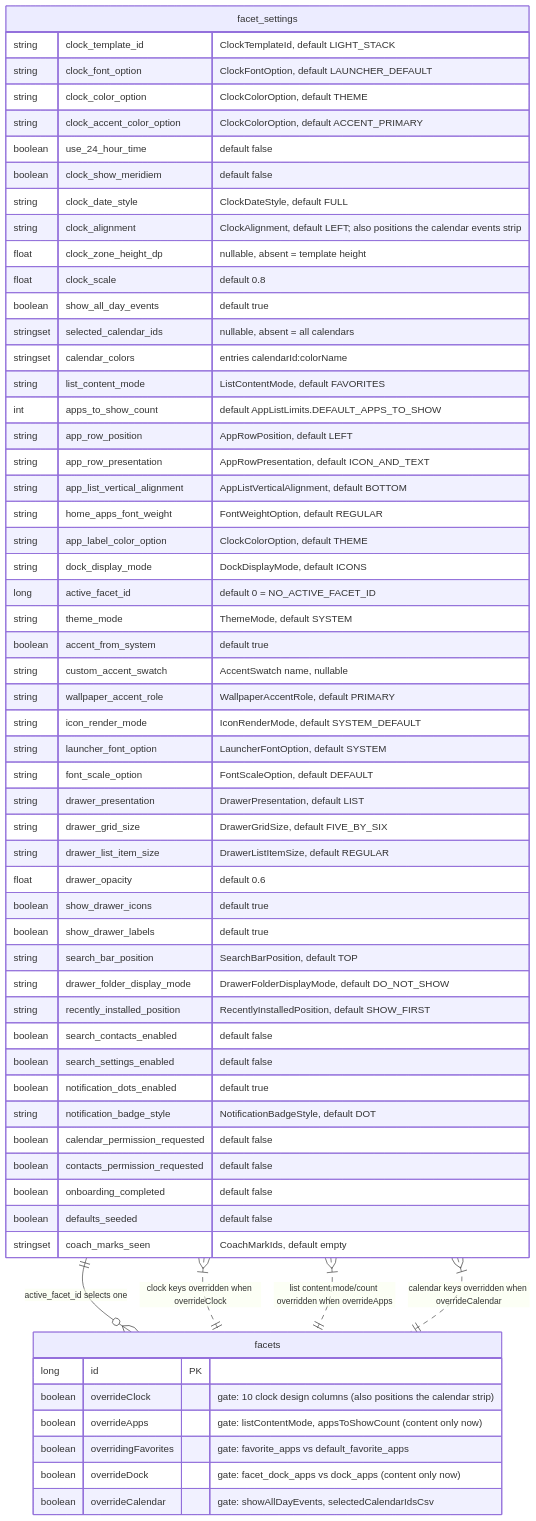
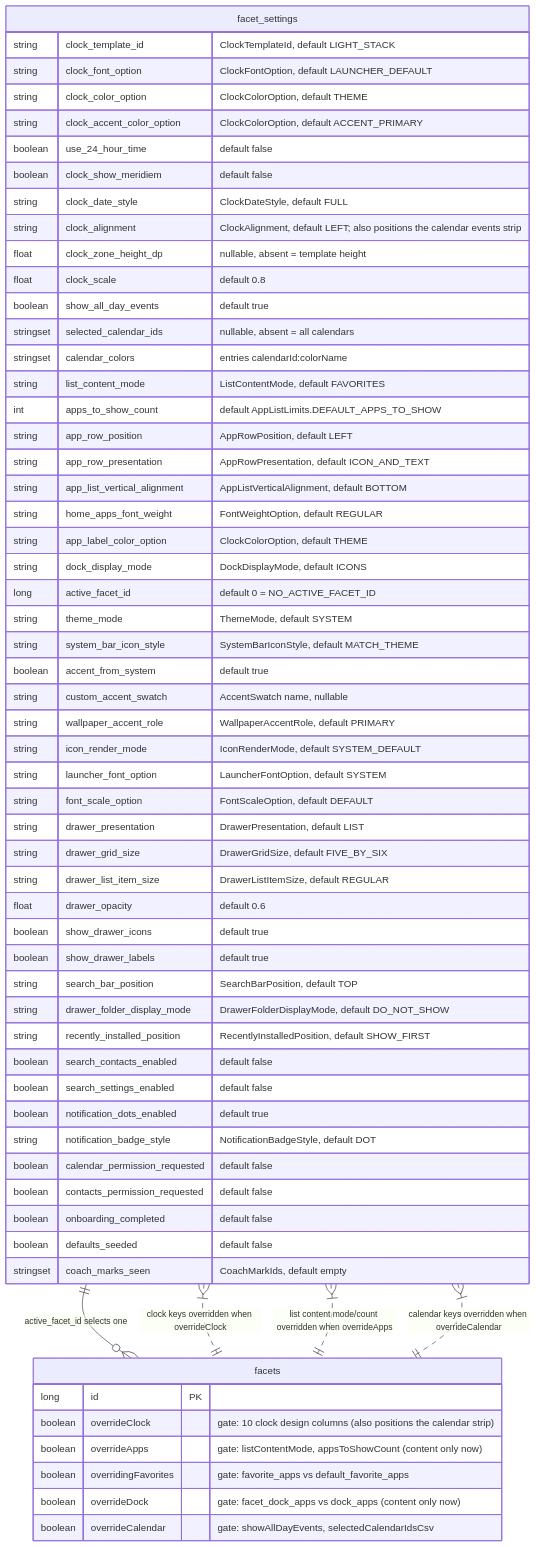
Before and after one commit to rohitganjam/facet-launcher: the third of 3 diagrams in docs/architecture/02-persistence-room.md, drawn with Mermaid. The commit also changed other lines of this file and 27 other files, not shown here.

First line of the commit message:
Add "System bar icons" setting for status and nav bar icon color

````diff
--- a/docs/architecture/02-persistence-room.md
+++ b/docs/architecture/02-persistence-room.md
@@ -359,66 +359,67 @@
 ```mermaid
 erDiagram
     facet_settings {
         string clock_template_id "ClockTemplateId, default LIGHT_STACK"
         string clock_font_option "ClockFontOption, default LAUNCHER_DEFAULT"
         string clock_color_option "ClockColorOption, default THEME"
         string clock_accent_color_option "ClockColorOption, default ACCENT_PRIMARY"
         boolean use_24_hour_time "default false"
         boolean clock_show_meridiem "default false"
         string clock_date_style "ClockDateStyle, default FULL"
         string clock_alignment "ClockAlignment, default LEFT; also positions the calendar events strip"
         float clock_zone_height_dp "nullable, absent = template height"
         float clock_scale "default 0.8"
         boolean show_all_day_events "default true"
         stringset selected_calendar_ids "nullable, absent = all calendars"
         stringset calendar_colors "entries calendarId:colorName"
         string list_content_mode "ListContentMode, default FAVORITES"
         int apps_to_show_count "default AppListLimits.DEFAULT_APPS_TO_SHOW"
         string app_row_position "AppRowPosition, default LEFT"
         string app_row_presentation "AppRowPresentation, default ICON_AND_TEXT"
         string app_list_vertical_alignment "AppListVerticalAlignment, default BOTTOM"
         string home_apps_font_weight "FontWeightOption, default REGULAR"
         string app_label_color_option "ClockColorOption, default THEME"
         string dock_display_mode "DockDisplayMode, default ICONS"
         long active_facet_id "default 0 = NO_ACTIVE_FACET_ID"
         string theme_mode "ThemeMode, default SYSTEM"
+        string system_bar_icon_style "SystemBarIconStyle, default MATCH_THEME"
         boolean accent_from_system "default true"
         string custom_accent_swatch "AccentSwatch name, nullable"
         string wallpaper_accent_role "WallpaperAccentRole, default PRIMARY"
         string icon_render_mode "IconRenderMode, default SYSTEM_DEFAULT"
         string launcher_font_option "LauncherFontOption, default SYSTEM"
         string font_scale_option "FontScaleOption, default DEFAULT"
         string drawer_presentation "DrawerPresentation, default LIST"
         string drawer_grid_size "DrawerGridSize, default FIVE_BY_SIX"
         string drawer_list_item_size "DrawerListItemSize, default REGULAR"
         float drawer_opacity "default 0.6"
         boolean show_drawer_icons "default true"
         boolean show_drawer_labels "default true"
         string search_bar_position "SearchBarPosition, default TOP"
         string drawer_folder_display_mode "DrawerFolderDisplayMode, default DO_NOT_SHOW"
         string recently_installed_position "RecentlyInstalledPosition, default SHOW_FIRST"
         boolean search_contacts_enabled "default false"
         boolean search_settings_enabled "default false"
         boolean notification_dots_enabled "default true"
         string notification_badge_style "NotificationBadgeStyle, default DOT"
         boolean calendar_permission_requested "default false"
         boolean contacts_permission_requested "default false"
         boolean onboarding_completed "default false"
         boolean defaults_seeded "default false"
         stringset coach_marks_seen "CoachMarkIds, default empty"
     }
 
     facets {
         long id PK
         boolean overrideClock "gate: 10 clock design columns (also positions the calendar strip)"
         boolean overrideApps "gate: listContentMode, appsToShowCount (content only now)"
         boolean overridingFavorites "gate: favorite_apps vs default_favorite_apps"
         boolean overrideDock "gate: facet_dock_apps vs dock_apps (content only now)"
         boolean overrideCalendar "gate: showAllDayEvents, selectedCalendarIdsCsv"
     }
 
     facet_settings ||--o{ facets : "active_facet_id selects one"
     facet_settings }|..|| facets : "clock keys overridden when overrideClock"
     facet_settings }|..|| facets : "list content mode/count overridden when overrideApps"
     facet_settings }|..|| facets : "calendar keys overridden when overrideCalendar"
 ```
````
